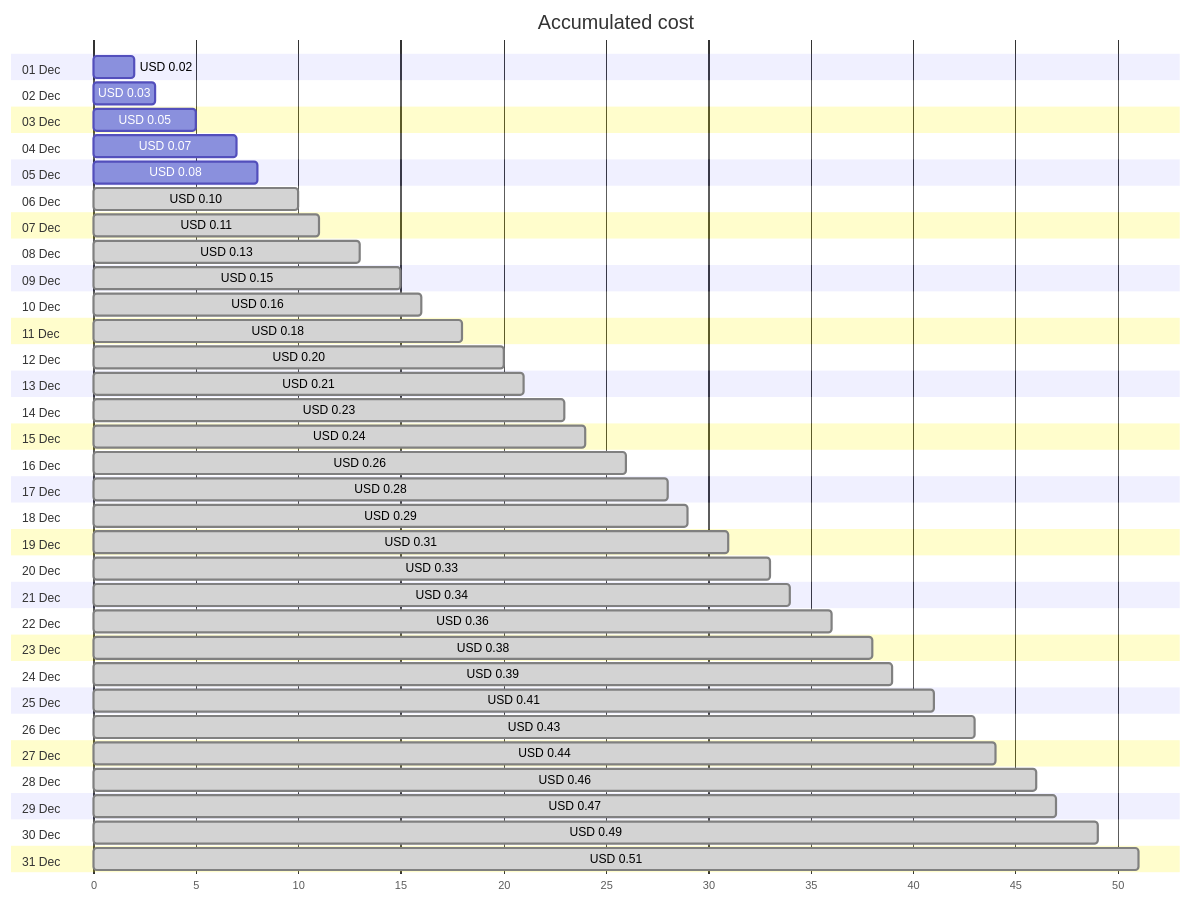
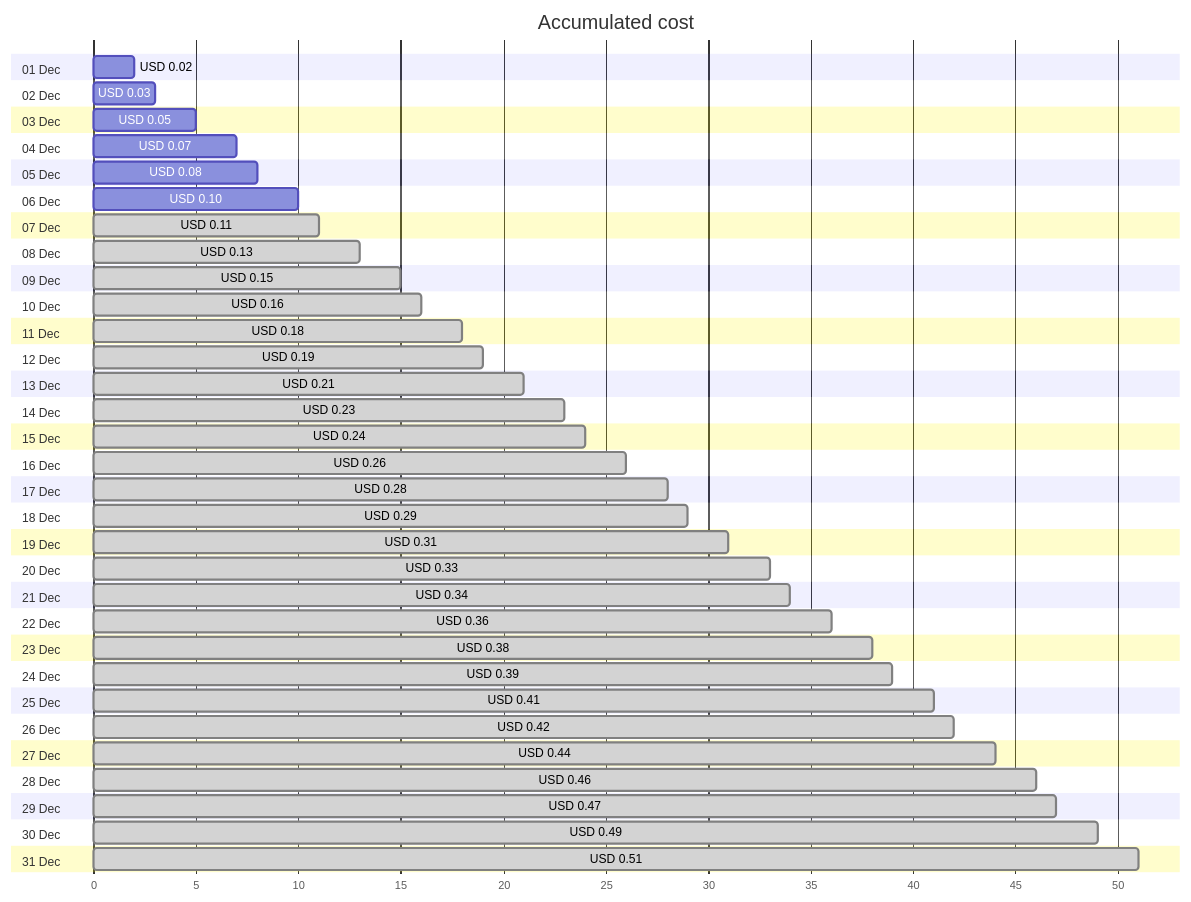
The first of 4 diagrams in cost-reports/personal-dns/jpatrickfulton.com.md (jpfulton/azure-personal-reports), drawn with Mermaid before and after one commit. The commit also changed other lines of this file and 2 other files, not shown here.

````diff
--- a/cost-reports/personal-dns/jpatrickfulton.com.md
+++ b/cost-reports/personal-dns/jpatrickfulton.com.md
@@ -20,68 +20,68 @@
 ```mermaid
 gantt
    title Accumulated cost
    dateFormat  X
    axisFormat %s
    section 01 Dec
    USD 0.02 :0, 2
    section 02 Dec
    USD 0.03 :0, 3
    section 03 Dec
    USD 0.05 :0, 5
    section 04 Dec
    USD 0.07 :0, 7
    section 05 Dec
    USD 0.08 :0, 8
    section 06 Dec
-   USD 0.10 : done, 0, 10
+   USD 0.10 :0, 10
    section 07 Dec
    USD 0.11 : done, 0, 11
    section 08 Dec
    USD 0.13 : done, 0, 13
    section 09 Dec
    USD 0.15 : done, 0, 15
    section 10 Dec
    USD 0.16 : done, 0, 16
    section 11 Dec
    USD 0.18 : done, 0, 18
    section 12 Dec
-   USD 0.20 : done, 0, 20
+   USD 0.19 : done, 0, 19
    section 13 Dec
    USD 0.21 : done, 0, 21
    section 14 Dec
    USD 0.23 : done, 0, 23
    section 15 Dec
    USD 0.24 : done, 0, 24
    section 16 Dec
    USD 0.26 : done, 0, 26
    section 17 Dec
    USD 0.28 : done, 0, 28
    section 18 Dec
    USD 0.29 : done, 0, 29
    section 19 Dec
    USD 0.31 : done, 0, 31
    section 20 Dec
    USD 0.33 : done, 0, 33
    section 21 Dec
    USD 0.34 : done, 0, 34
    section 22 Dec
    USD 0.36 : done, 0, 36
    section 23 Dec
    USD 0.38 : done, 0, 38
    section 24 Dec
    USD 0.39 : done, 0, 39
    section 25 Dec
    USD 0.41 : done, 0, 41
    section 26 Dec
-   USD 0.43 : done, 0, 43
+   USD 0.42 : done, 0, 42
    section 27 Dec
    USD 0.44 : done, 0, 44
    section 28 Dec
    USD 0.46 : done, 0, 46
    section 29 Dec
    USD 0.47 : done, 0, 47
    section 30 Dec
    USD 0.49 : done, 0, 49
    section 31 Dec
    USD 0.51 : done, 0, 51
 ```
````
